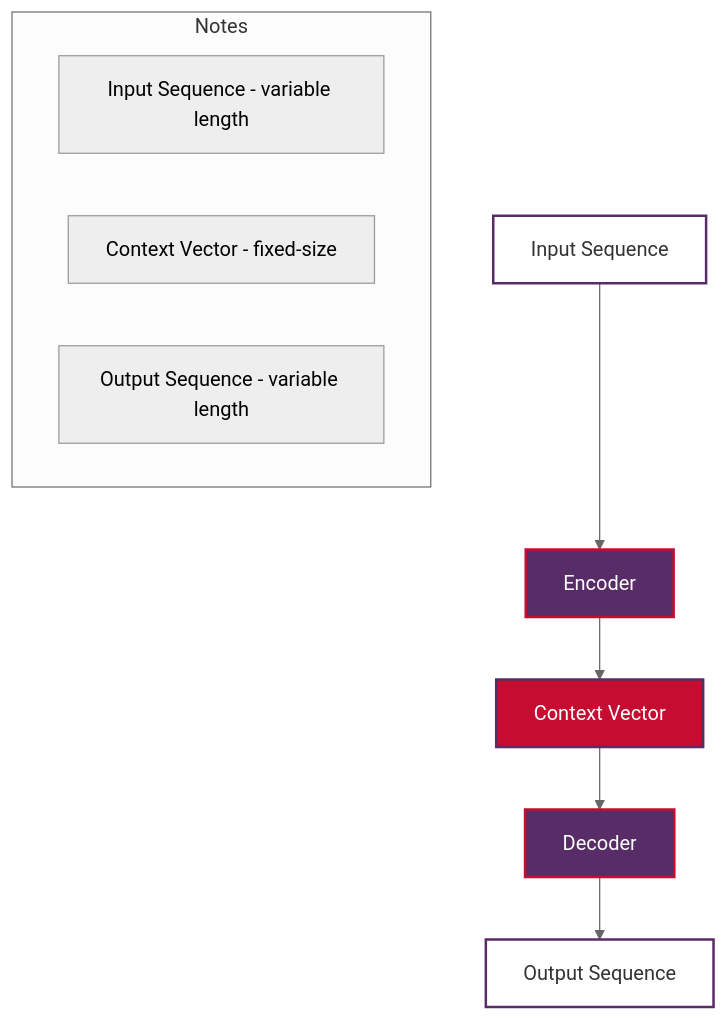
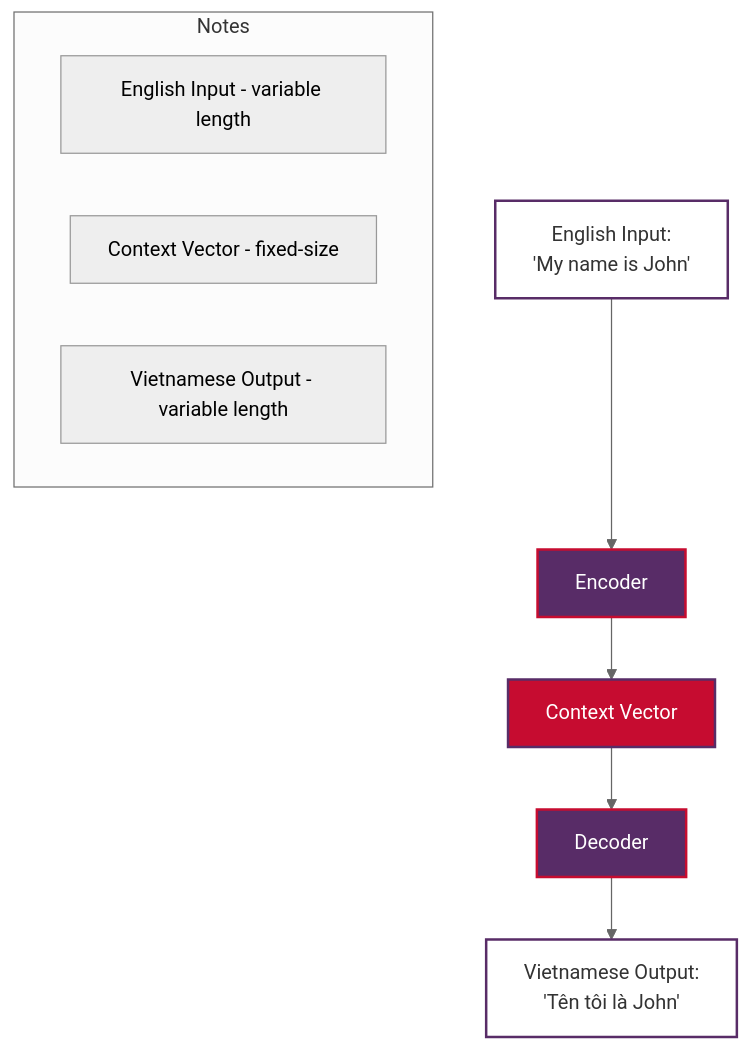
One commit to vuhung16au/nlp-learning-journey changed the diagram in .github/copilot-instructions.md. Above: the diagram before and after it, drawn with Mermaid (neutral theme). The commit also changed other lines of this file, not shown here.

Commit message:
Add Vietnamese/English examples to copilot-instructions.md validation tests

````diff
--- a/.github/copilot-instructions.md
+++ b/.github/copilot-instructions.md
@@ -332,19 +381,19 @@
 ```mermaid
 graph TD
-    A[Input Sequence] --> B[Encoder]
+    A[English Input:<br/>'My name is John'] --> B[Encoder]
     B --> C[Context Vector]
     C --> D[Decoder]
-    D --> E[Output Sequence]
+    D --> E[Vietnamese Output:<br/>'Tên tôi là John']
 
     style A fill:#FFFFFF,stroke:#582C67,color:#333,stroke-width:2px
     style B fill:#582C67,stroke:#C60C30,color:#FFFFFF,stroke-width:2px
     style C fill:#C60C30,stroke:#582C67,color:#FFFFFF,stroke-width:2px
     style D fill:#582C67,stroke:#C60C30,color:#FFFFFF,stroke-width:2px
     style E fill:#FFFFFF,stroke:#582C67,color:#333,stroke-width:2px
 
     subgraph Notes
-        sub1[Input Sequence - variable length]
+        sub1[English Input - variable length]
         sub2[Context Vector - fixed-size]
-        sub3[Output Sequence - variable length]
+        sub3[Vietnamese Output - variable length]
     end
 ```
````
